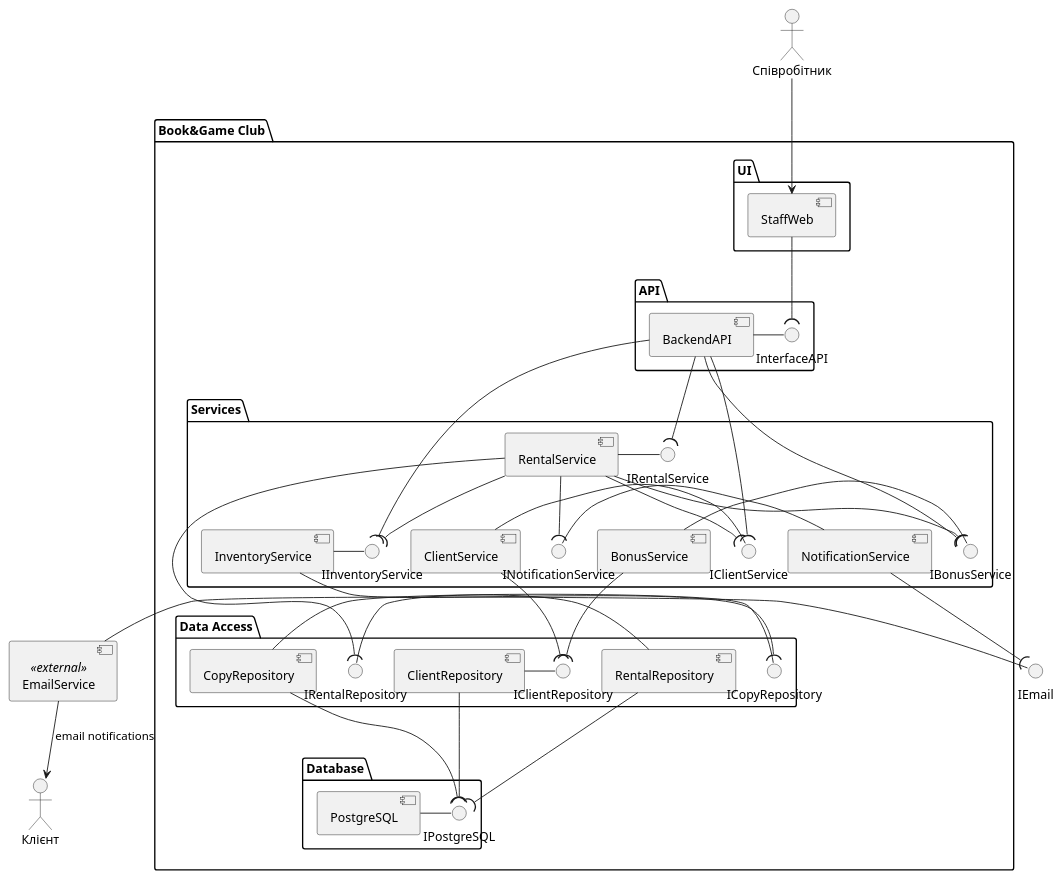
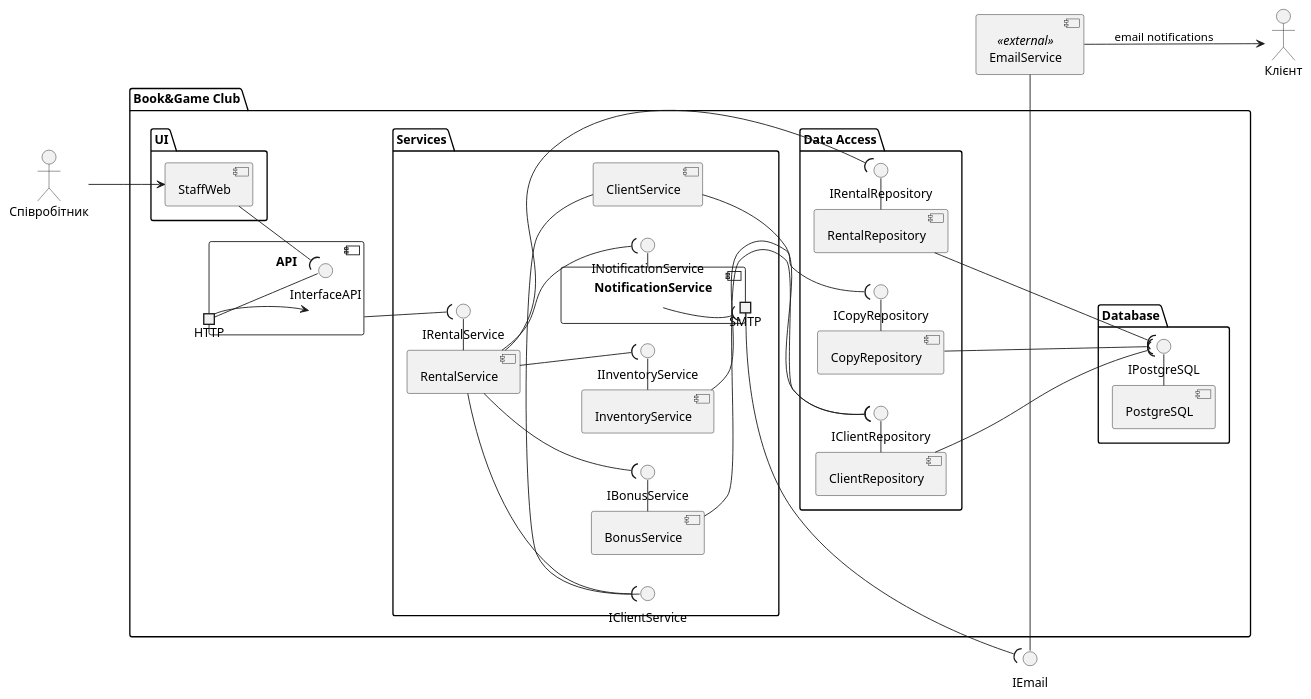
Before and after one commit to sofiakiosova37-boop/bookshop_kpi2: the diagram in task5/components.puml, drawn with PlantUML.

Commit message:
Add ports on some places

```diff
--- a/task5/components.puml
+++ b/task5/components.puml
@@ -9,80 +9,87 @@
 @startuml
+skinparam componentStyle uml2
+left to right direction
+
 actor "Клієнт" as Customer
 actor "Співробітник" as Staff
+
 package "Book&Game Club" {
     package "UI" {
         component "StaffWeb" as Web
     }
     package "API" {
-        component "BackendAPI" as BEAPI
+        component "BackendAPI" as API {
+            portin "HTTP" as pIn
+        }
         interface "InterfaceAPI" as IAPI
     }
     package "Services" {
         component "ClientService" as CS
         component "BonusService" as BS
         component "InventoryService" as IS
         component "RentalService" as RS
-        component "NotificationService" as NS
+        component "NotificationService" as NS {
+            portout "SMTP" as pMailOut
+        }
 
         interface "IClientService" as ICS
         interface "IBonusService" as IBS
         interface "IInventoryService" as IIS
         interface "IRentalService" as IRS
         interface "INotificationService" as INS
     }
     package "Data Access" {
         component "RentalRepository" as RentalR
         component "CopyRepository" as CopyR
         component "ClientRepository" as ClientR
 
         interface "IRentalRepository" as IRentalR
         interface "ICopyRepository" as ICopyR
         interface "IClientRepository" as IClientR
     }
     package "Database" {
         component "PostgreSQL" as PostgreSQL
         interface "IPostgreSQL" as ISQL
     }
 }
 
 component "EmailService" <<external>> as ES
 interface "IEmail" as IE
 
 Staff --> Web
 ES --> Customer : email notifications
 Web --( IAPI
-BEAPI -() IAPI
+pIn -() IAPI
+pIn --> API
 
 CS -() ICS
 BS -() IBS
 IS -() IIS
 RS -() IRS
 NS -() INS
 
-BEAPI --( IRS
-BEAPI --( ICS
-BEAPI --( IBS
-BEAPI --( IIS
+API --( IRS
 
 RS --( ICS
 RS --( IBS
 RS --( IIS
 RS --( INS
 
 PostgreSQL -() ISQL
 RentalR --( ISQL
 CopyR --( ISQL
 ClientR --( ISQL
 
 RentalR -() IRentalR
 CopyR -() ICopyR
 ClientR -() IClientR
 
 RS --( IRentalR
 CS --( IClientR
 BS --( IClientR
 IS --( ICopyR
 
 ES -() IE
-NS --( IE
+NS --( pMailOut
+pMailOut --( IE
 @endumlm 
```
